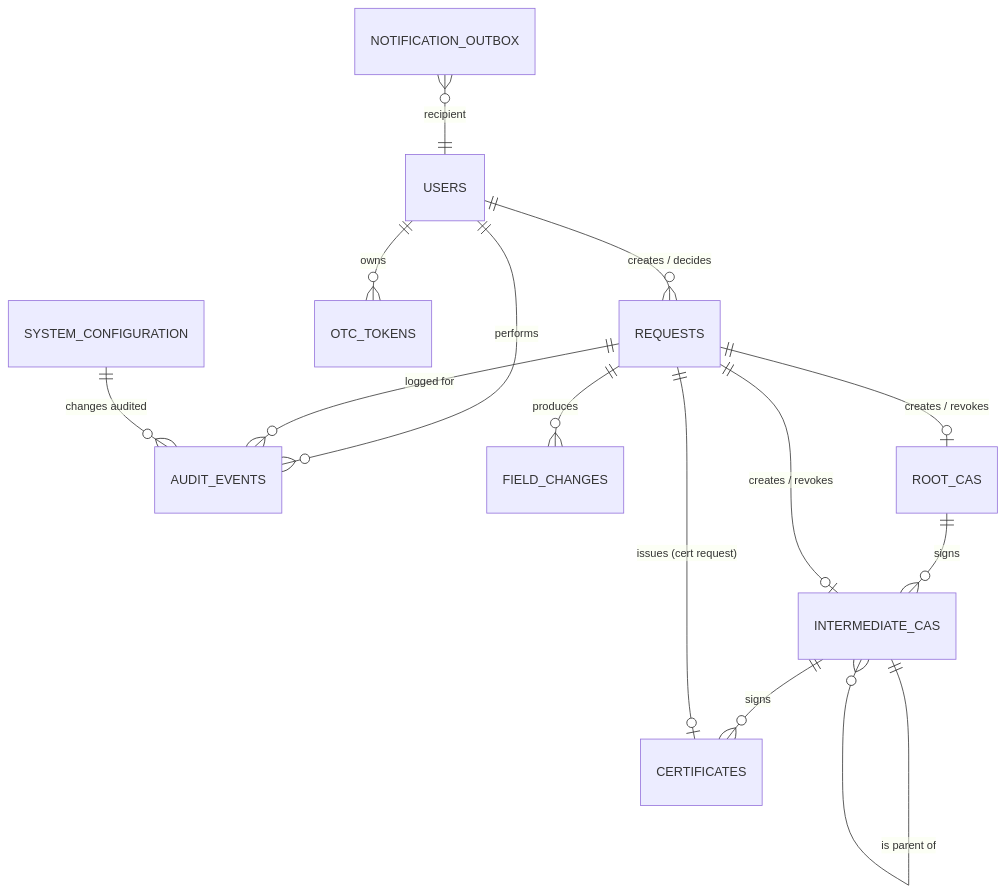
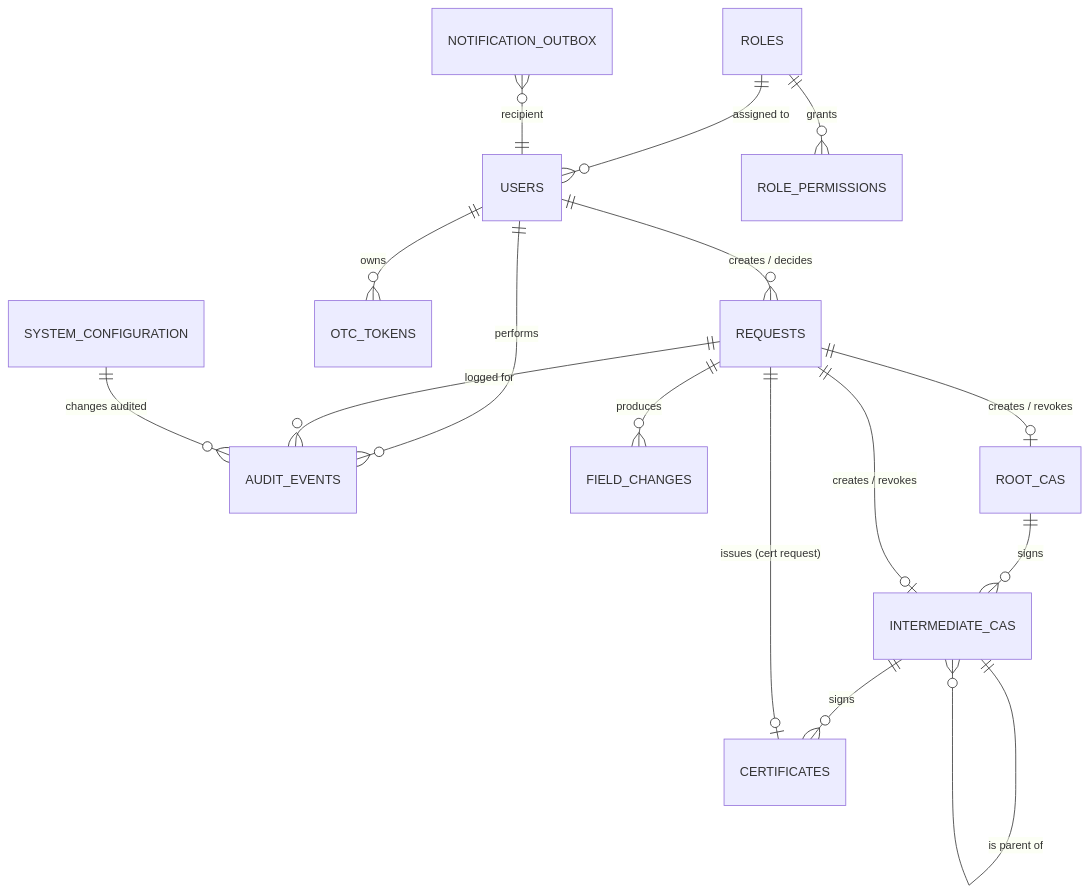
Before and after one commit to ruthvikchandravanam/Nexus-CA: the diagram in Docs/2-Design/2.2-LLD/data-model.md, drawn with Mermaid. The commit also changed other lines of this file and 77 other files, not shown here.

````diff
--- a/Docs/2-Design/2.2-LLD/data-model.md
+++ b/Docs/2-Design/2.2-LLD/data-model.md
@@ -15,16 +15,18 @@
 ```mermaid
 erDiagram
+    ROLES ||--o{ USERS : "assigned to"
+    ROLES ||--o{ ROLE_PERMISSIONS : grants
     USERS ||--o{ REQUESTS : "creates / decides"
     USERS ||--o{ AUDIT_EVENTS : performs
     REQUESTS ||--o{ AUDIT_EVENTS : "logged for"
     REQUESTS ||--o{ FIELD_CHANGES : "produces"
     ROOT_CAS ||--o{ INTERMEDIATE_CAS : signs
     INTERMEDIATE_CAS ||--o{ INTERMEDIATE_CAS : "is parent of"
     INTERMEDIATE_CAS ||--o{ CERTIFICATES : signs
     REQUESTS ||--o| CERTIFICATES : "issues (cert request)"
     REQUESTS ||--o| ROOT_CAS : "creates / revokes"
     REQUESTS ||--o| INTERMEDIATE_CAS : "creates / revokes"
     USERS ||--o{ OTC_TOKENS : "owns"
     SYSTEM_CONFIGURATION ||--o{ AUDIT_EVENTS : "changes audited"
     NOTIFICATION_OUTBOX }o--|| USERS : recipient
 ```
````
